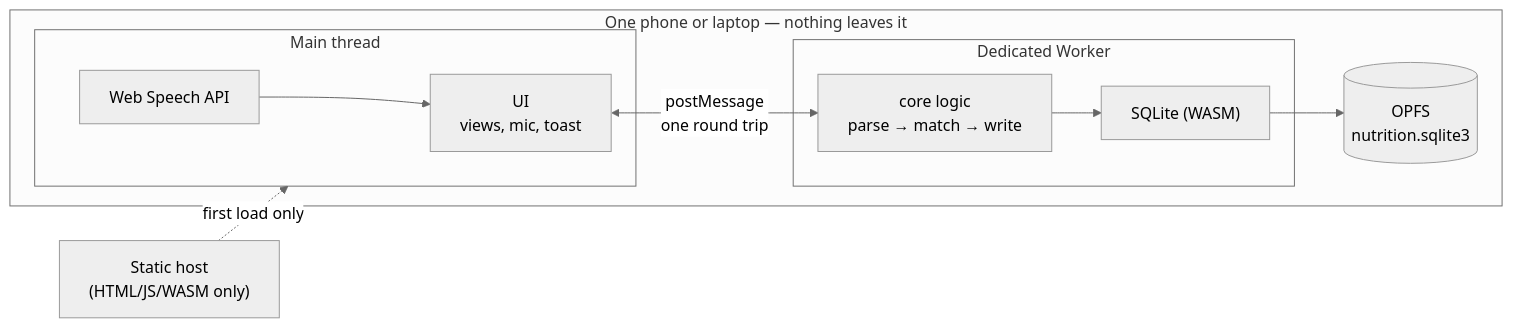
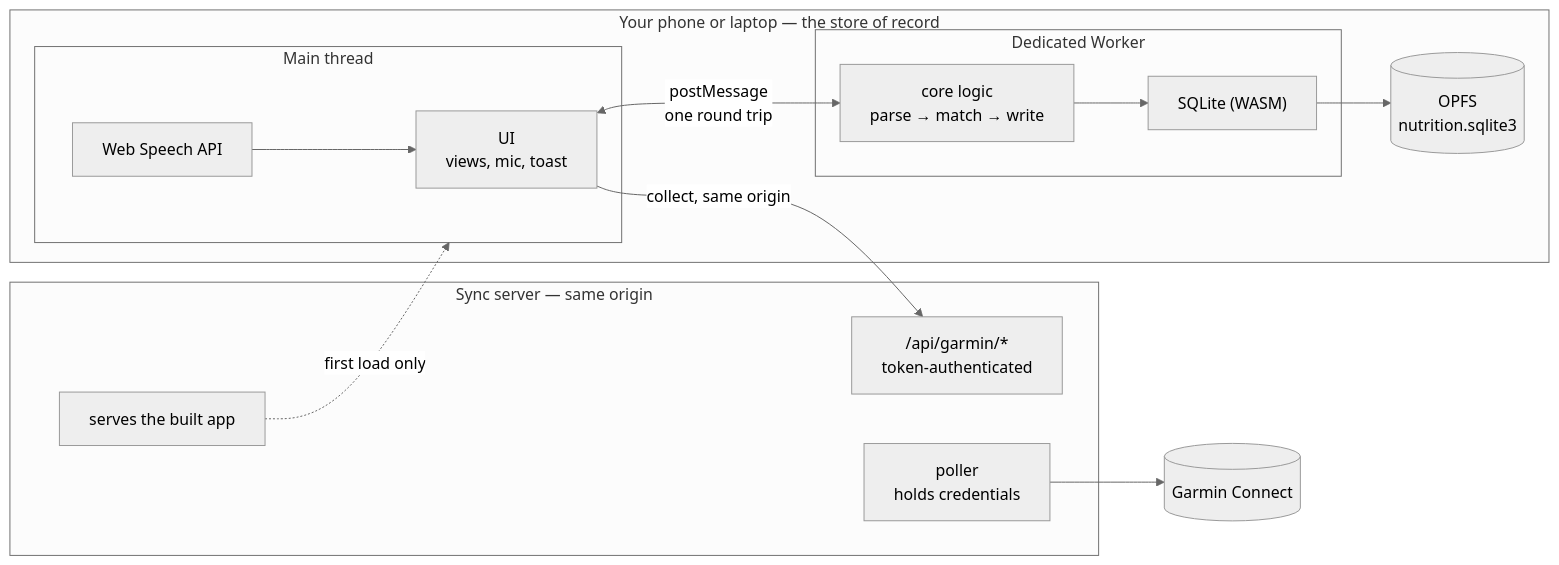
The first of 4 diagrams in docs/ARCHITECTURE.md (Prateek-966/Fitness-Ecosystem), drawn with Mermaid (neutral theme) before and after one commit. The commit also changed other lines of this file and 6 other files, not shown here.

````diff
--- a/docs/ARCHITECTURE.md
+++ b/docs/ARCHITECTURE.md
@@ -20,20 +36,27 @@
 ```mermaid
 flowchart LR
-  subgraph device["One phone or laptop — nothing leaves it"]
+  subgraph device["Your phone or laptop — the store of record"]
     subgraph main["Main thread"]
       UI["UI<br/>views, mic, toast"]
       STT["Web Speech API"]
     end
     subgraph wkr["Dedicated Worker"]
       CORE["core logic<br/>parse → match → write"]
       SQL["SQLite (WASM)"]
     end
     OPFS[("OPFS<br/>nutrition.sqlite3")]
   end
-  HOST["Static host<br/>(HTML/JS/WASM only)"]
+  subgraph host["Sync server — same origin"]
+    APP["serves the built app"]
+    API["/api/garmin/*<br/>token-authenticated"]
+    POLL["poller<br/>holds credentials"]
+  end
+  GARMIN[("Garmin Connect")]
 
   STT --> UI
   UI <-->|"postMessage<br/>one round trip"| CORE
   CORE --> SQL --> OPFS
-  HOST -.->|"first load only"| main
+  APP -.->|"first load only"| main
+  UI -->|"collect, same origin"| API
+  POLL --> GARMIN
 ```
````
